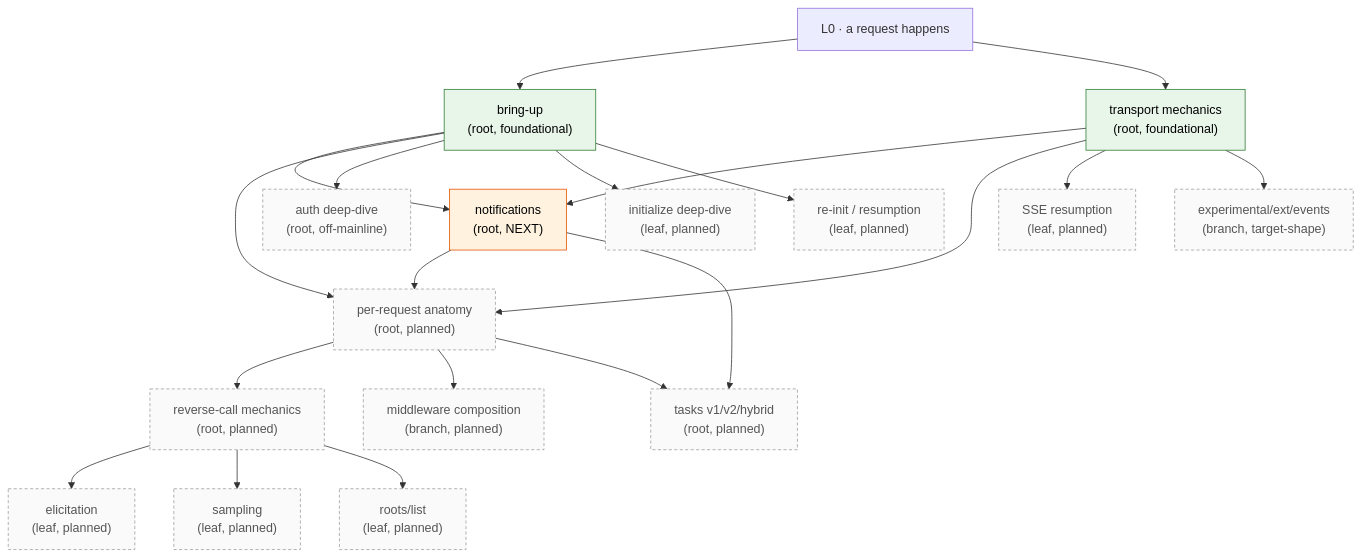
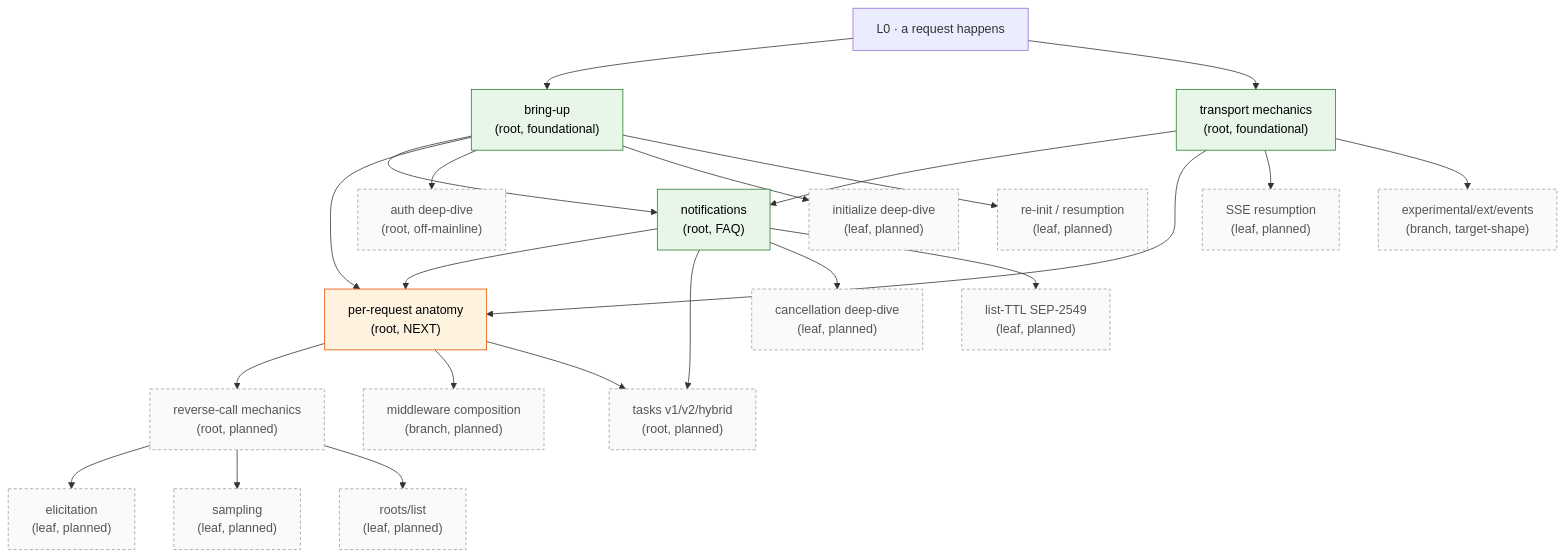
The diagram in tutorials/walkthrough/INDEX.md (panyam/mcpkit), drawn with Mermaid before and after one commit. The commit also changed other lines of this file and 3 other files, not shown here.

First line of the commit message:
docs(tutorial): write notifications root in FAQ-style; formalize the pattern

````diff
--- a/tutorials/walkthrough/INDEX.md
+++ b/tutorials/walkthrough/INDEX.md
@@ -53,56 +57,61 @@
 ```mermaid
 graph TD
     L0[L0 · a request happens]
 
     bringup["bring-up<br/>(root, foundational)"]
     wire["transport mechanics<br/>(root, foundational)"]
+    notif["notifications<br/>(root, FAQ)"]
 
-    notif["notifications<br/>(root, NEXT)"]
-    anat["per-request anatomy<br/>(root, planned)"]
+    anat["per-request anatomy<br/>(root, NEXT)"]
     rev["reverse-call mechanics<br/>(root, planned)"]
     tasks["tasks v1/v2/hybrid<br/>(root, planned)"]
     auth["auth deep-dive<br/>(root, off-mainline)"]
 
     resume["SSE resumption<br/>(leaf, planned)"]
     mw["middleware composition<br/>(branch, planned)"]
     init["initialize deep-dive<br/>(leaf, planned)"]
     reinit["re-init / resumption<br/>(leaf, planned)"]
     events["experimental/ext/events<br/>(branch, target-shape)"]
     elicit["elicitation<br/>(leaf, planned)"]
     sample["sampling<br/>(leaf, planned)"]
     rootsLeaf["roots/list<br/>(leaf, planned)"]
+    canceldeep["cancellation deep-dive<br/>(leaf, planned)"]
+    listttl["list-TTL SEP-2549<br/>(leaf, planned)"]
 
     L0 --> bringup
     L0 --> wire
 
     bringup --> notif
     wire --> notif
     bringup --> anat
     wire --> anat
     notif --> anat
     bringup --> auth
 
     anat --> rev
     anat --> mw
     notif --> tasks
     anat --> tasks
 
     wire --> resume
     wire --> events
     bringup --> init
     bringup --> reinit
 
     rev --> elicit
     rev --> sample
     rev --> rootsLeaf
+    notif --> canceldeep
+    notif --> listttl
 
     classDef written fill:#e8f5e9,stroke:#2e7d32,color:#000;
     classDef next fill:#fff3e0,stroke:#e65100,color:#000;
     classDef planned fill:#fafafa,stroke:#9e9e9e,stroke-dasharray:4 3,color:#555;
-    class bringup,wire written;
-    class notif next;
-    class anat,rev,tasks,auth,resume,mw,init,reinit,events,elicit,sample,rootsLeaf planned;
+    class bringup,wire,notif written;
+    class anat next;
+    class rev,tasks,auth,resume,mw,init,reinit,events,elicit,sample,rootsLeaf,canceldeep,listttl planned;
 
     click bringup "./bringup.md"
     click wire "./transport-mechanics.md"
+    click notif "./notifications.md"
 ```
````
